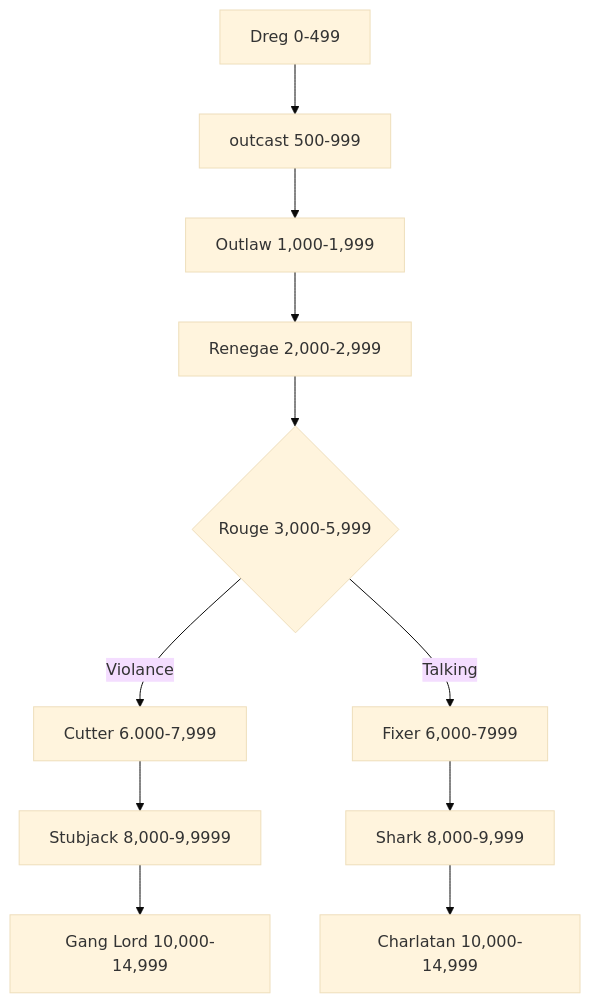
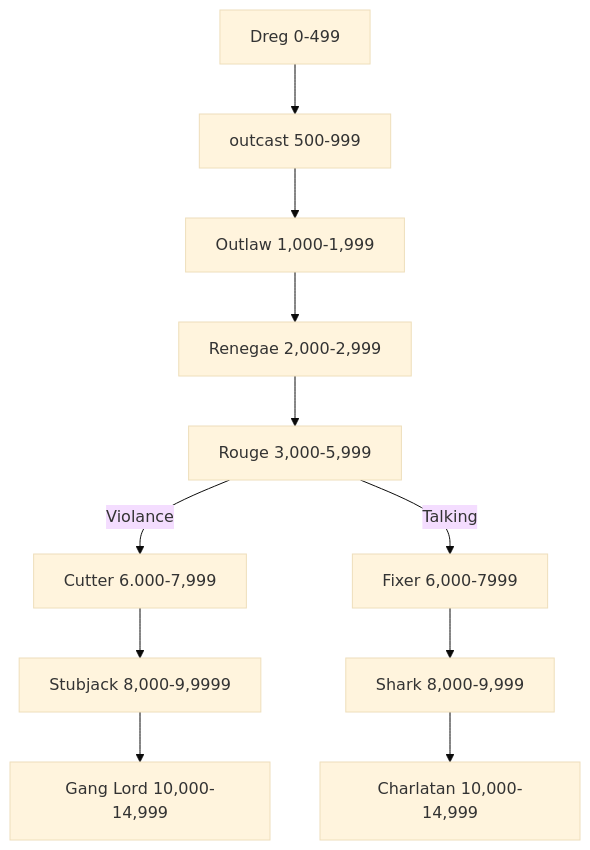
The diagram in Classes/Scum.md (zyzyx159/Rule-books), drawn with Mermaid (base theme) before and after one commit. The commit also changed 3 other files, not shown here.

````diff
--- a/Classes/Scum.md
+++ b/Classes/Scum.md
@@ -31,13 +31,13 @@
 ```mermaid
 graph TD
 A[Dreg 0-499] --> B[outcast 500-999];
 B --> C[Outlaw 1,000-1,999];
 C --> D[Renegae 2,000-2,999];
-D --> E{Rouge 3,000-5,999}
+D --> E[Rouge 3,000-5,999]
 E -- Violance --> F[Cutter 6.000-7,999]
 F --> G[Stubjack 8,000-9,9999]
 G --> H[Gang Lord 10,000-14,999]
 E -- Talking --> I[Fixer 6,000-7999]
 I --> J[Shark 8,000-9,999]
 J --> K[Charlatan 10,000-14,999]
 ```
````
